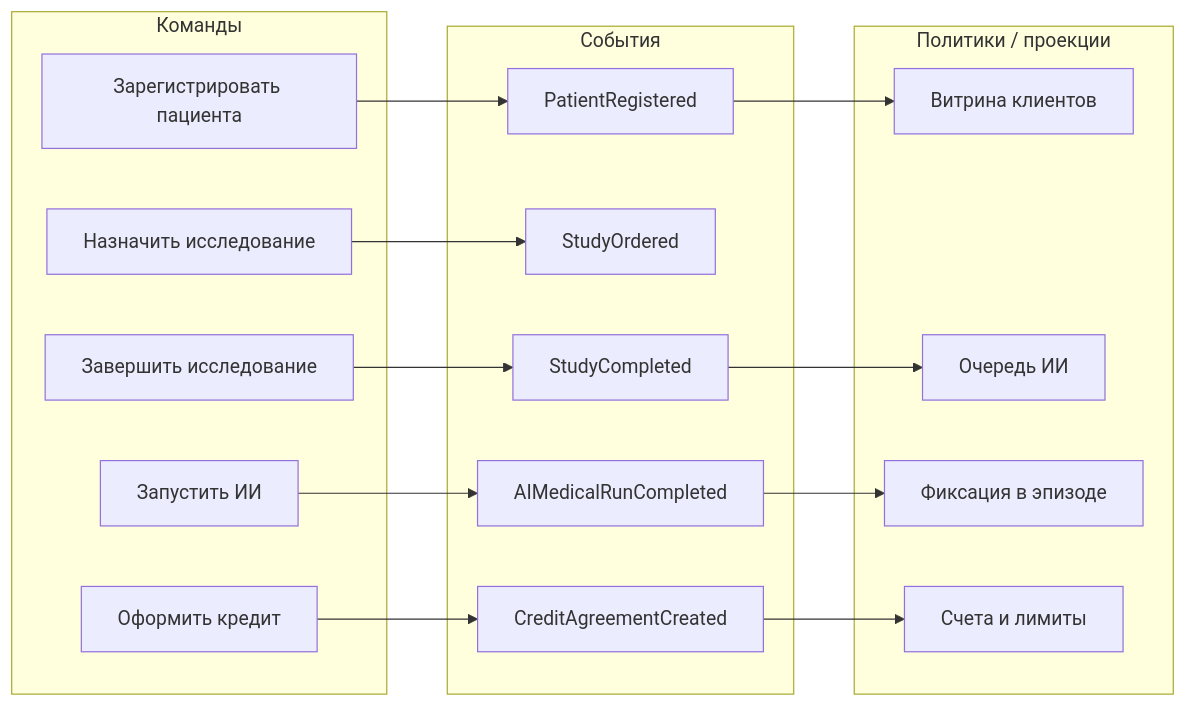
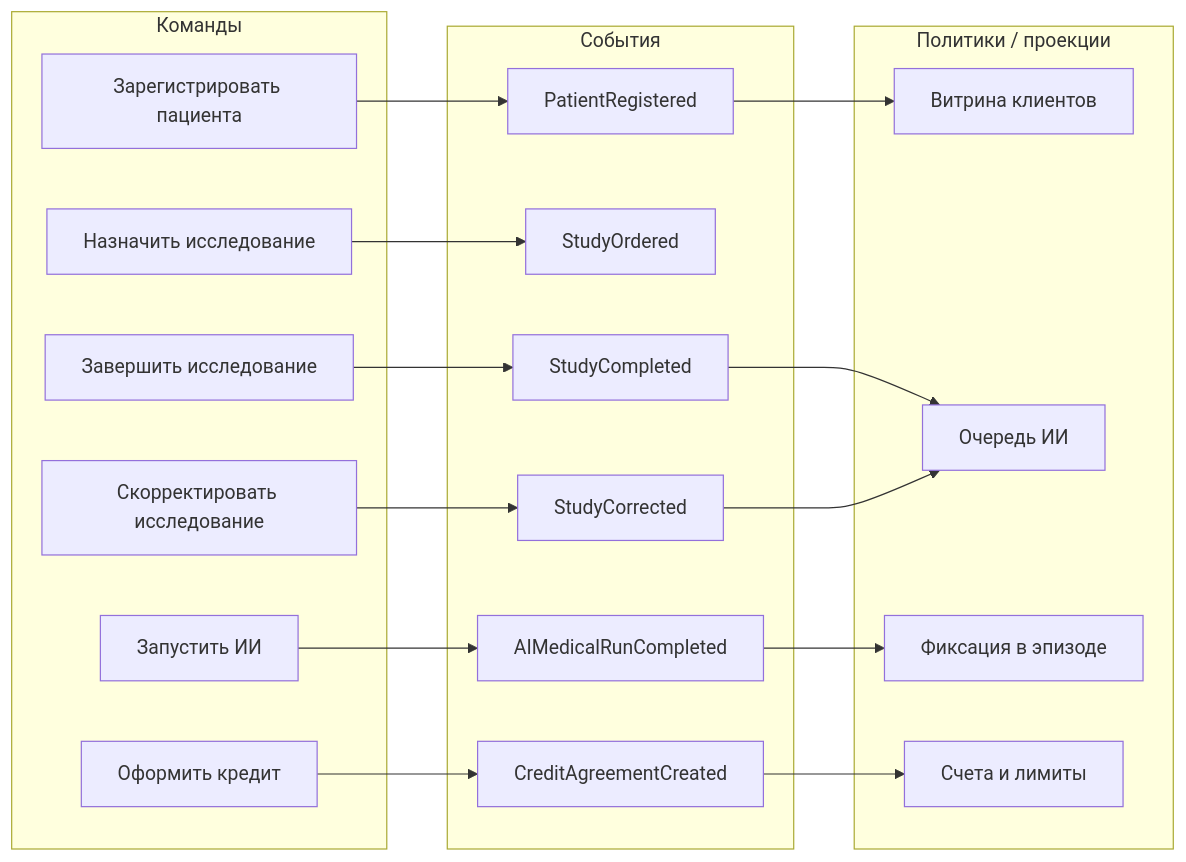
One commit to MorKaragh/architecture-future_2_0 changed the second of 2 diagrams in Task4Advanced/event-storming.md. Above: the diagram before and after it, drawn with Mermaid. The commit also changed other lines of this file and 8 other files, not shown here.

````diff
--- a/Task4Advanced/event-storming.md
+++ b/Task4Advanced/event-storming.md
@@ -79,34 +82,38 @@
 ```mermaid
 flowchart LR
   subgraph commands[Команды]
     C1[Зарегистрировать пациента]
     C2[Назначить исследование]
     C3[Завершить исследование]
-    C4[Запустить ИИ]
-    C5[Оформить кредит]
+    C4[Скорректировать исследование]
+    C5[Запустить ИИ]
+    C6[Оформить кредит]
   end
   subgraph events[События]
     E1[PatientRegistered]
     E2[StudyOrdered]
     E3[StudyCompleted]
-    E4[AIMedicalRunCompleted]
-    E5[CreditAgreementCreated]
+    E4[StudyCorrected]
+    E5[AIMedicalRunCompleted]
+    E6[CreditAgreementCreated]
   end
   subgraph policies[Политики / проекции]
     P1[Витрина клиентов]
     P2[Очередь ИИ]
     P3[Фиксация в эпизоде]
     P4[Счета и лимиты]
   end
 
   C1 --> E1
   C2 --> E2
   C3 --> E3
   C4 --> E4
   C5 --> E5
+  C6 --> E6
 
   E1 --> P1
   E3 --> P2
-  E4 --> P3
-  E5 --> P4
+  E4 --> P2
+  E5 --> P3
+  E6 --> P4
 ```
````
